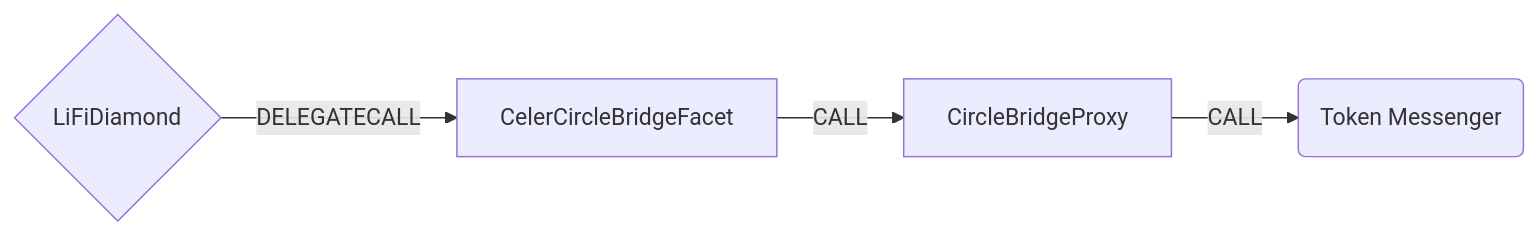
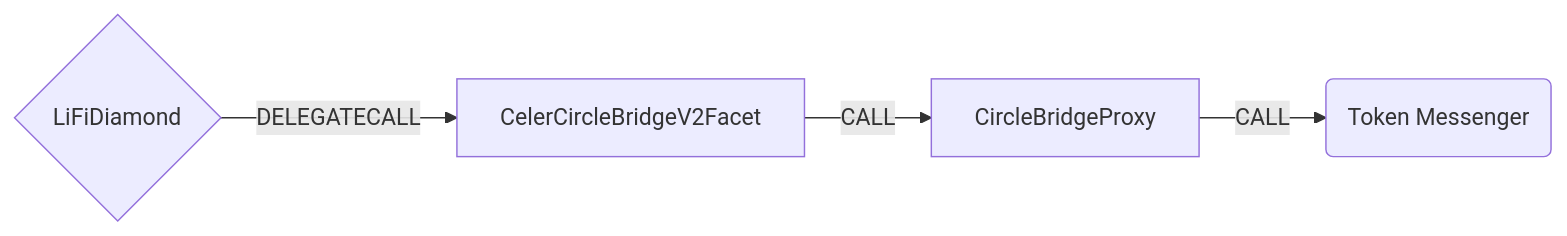
One commit to lifinance/contracts changed the diagram in docs/CelerCircleBridgeFacet.md. Above: the diagram before and after it, drawn with Mermaid. The commit also changed other lines of this file and 2 other files, not shown here.

Commit message:
added tests for constructor address checks and updated docs

````diff
--- a/docs/CelerCircleBridgeFacet.md
+++ b/docs/CelerCircleBridgeFacet.md
@@ -7,6 +7,6 @@
 ```mermaid
 graph LR;
-    D{LiFiDiamond}-- DELEGATECALL -->CelerCircleBridgeFacet;
-    CelerCircleBridgeFacet -- CALL --> CircleBridgeProxy
+    D{LiFiDiamond}-- DELEGATECALL -->CelerCircleBridgeV2Facet;
+    CelerCircleBridgeV2Facet -- CALL --> CircleBridgeProxy
     CircleBridgeProxy -- CALL --> M(Token Messenger)
 ```
````
